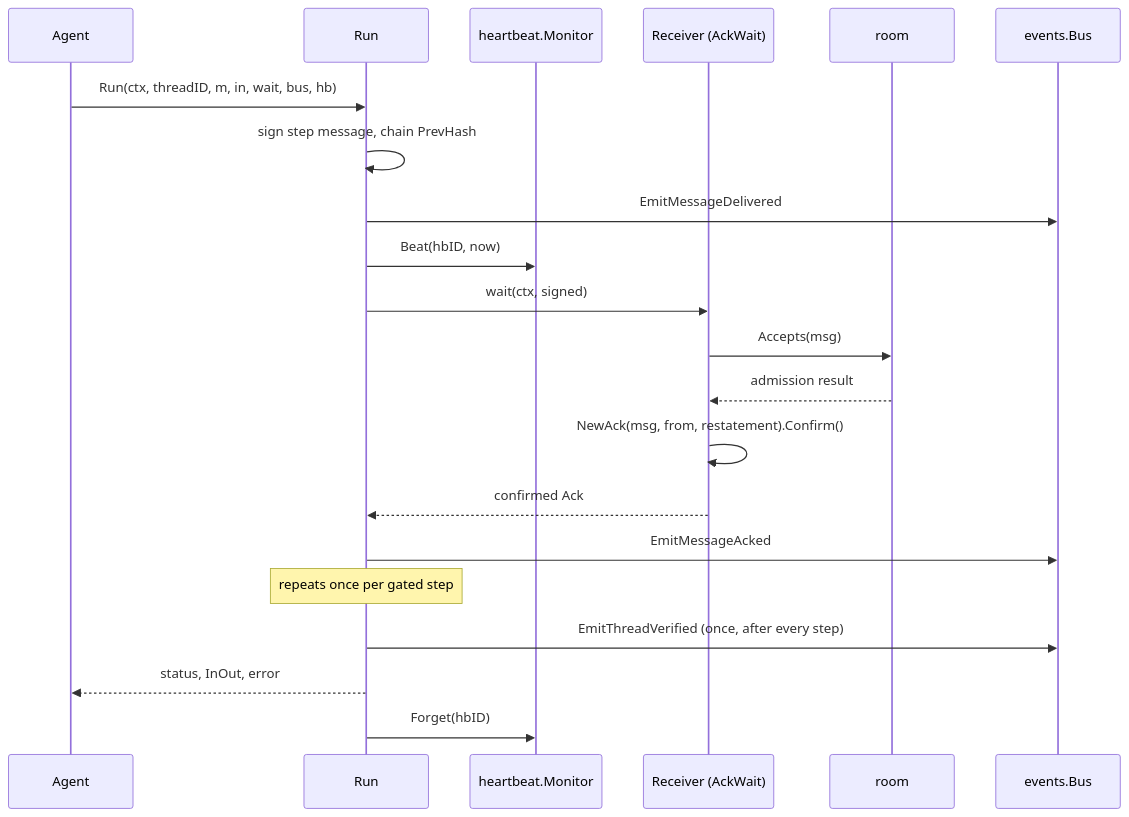
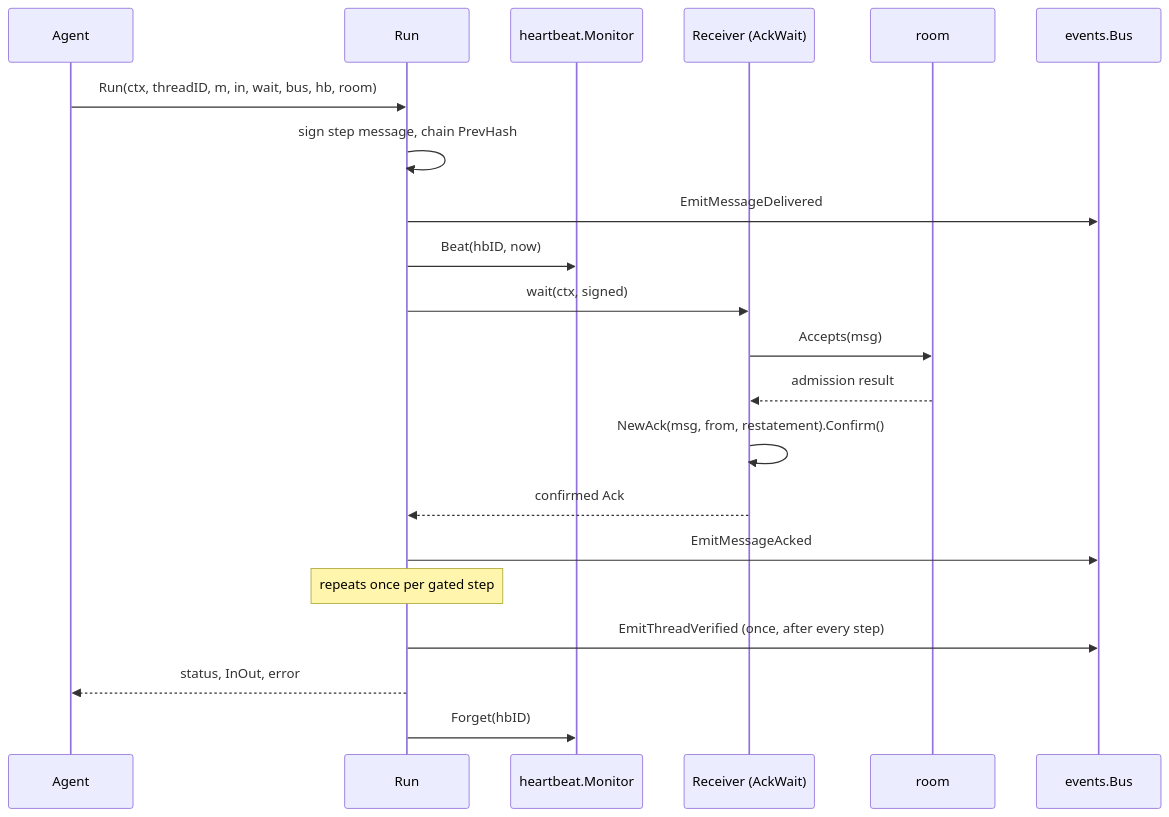
The diagram in docs/examples/agent-dispatch.md (MiviaLabs/mivia-ai-sdk), drawn with Mermaid before and after one commit. The commit also changed other lines of this file and 14 other files, not shown here.

First line of the commit message:
feat(agent): stamp a caller-chosen room onto Run's step messages

````diff
--- a/docs/examples/agent-dispatch.md
+++ b/docs/examples/agent-dispatch.md
@@ -139,23 +138,23 @@
 ```mermaid
 sequenceDiagram
     participant Agent
     participant Run as Run
     participant HB as heartbeat.Monitor
     participant Receiver as Receiver (AckWait)
     participant Room as room
     participant Bus as events.Bus
-    Agent->>Run: Run(ctx, threadID, m, in, wait, bus, hb)
+    Agent->>Run: Run(ctx, threadID, m, in, wait, bus, hb, room)
     Run->>Run: sign step message, chain PrevHash
     Run->>Bus: EmitMessageDelivered
     Run->>HB: Beat(hbID, now)
     Run->>Receiver: wait(ctx, signed)
     Receiver->>Room: Accepts(msg)
     Room-->>Receiver: admission result
     Receiver->>Receiver: NewAck(msg, from, restatement).Confirm()
     Receiver-->>Run: confirmed Ack
     Run->>Bus: EmitMessageAcked
     Note over Run: repeats once per gated step
     Run->>Bus: EmitThreadVerified (once, after every step)
     Run-->>Agent: status, InOut, error
     Run->>HB: Forget(hbID)
 ```
````
